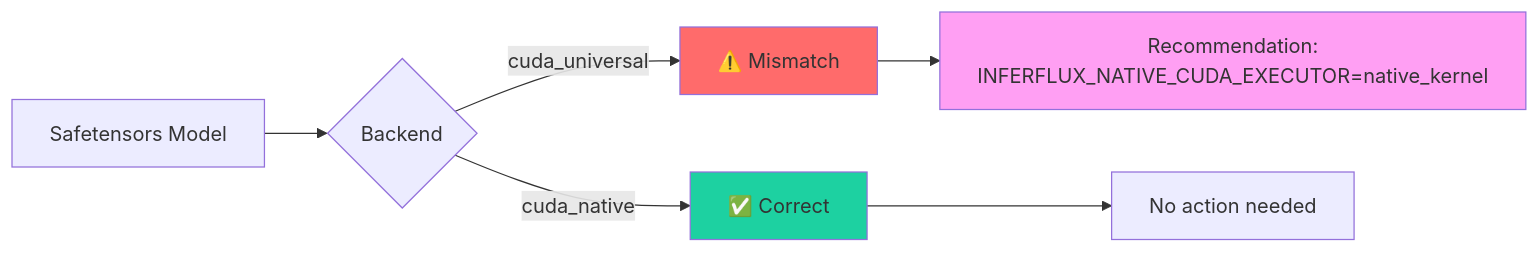
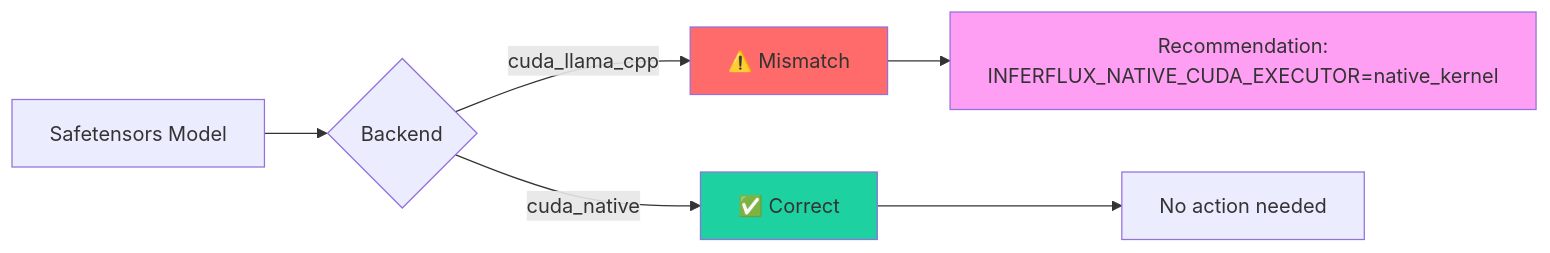
One commit to vjsingh1984/inferflux changed the second of 11 diagrams in docs/STARTUP_ADVISOR.md. Above: the diagram before and after it, drawn with Mermaid. The commit also changed other lines of this file and 35 other files, not shown here.

First line of the commit message:
Rename "universal" backend to "llama_cpp" for clarity

````diff
--- a/docs/STARTUP_ADVISOR.md
+++ b/docs/STARTUP_ADVISOR.md
@@ -34,13 +34,13 @@
 ```mermaid
 flowchart LR
     A[Safetensors Model] --> B{Backend}
-    B -->|cuda_universal| C[⚠️ Mismatch]
+    B -->|cuda_llama_cpp| C[⚠️ Mismatch]
     B -->|cuda_native| D[✅ Correct]
 
     C --> E[Recommendation:<br/>INFERFLUX_NATIVE_CUDA_EXECUTOR=native_kernel]
     D --> F[No action needed]
 
     style C fill:#ff6b6b
     style D fill:#1dd1a1
     style E fill:#ff9ff3
 ```
````
